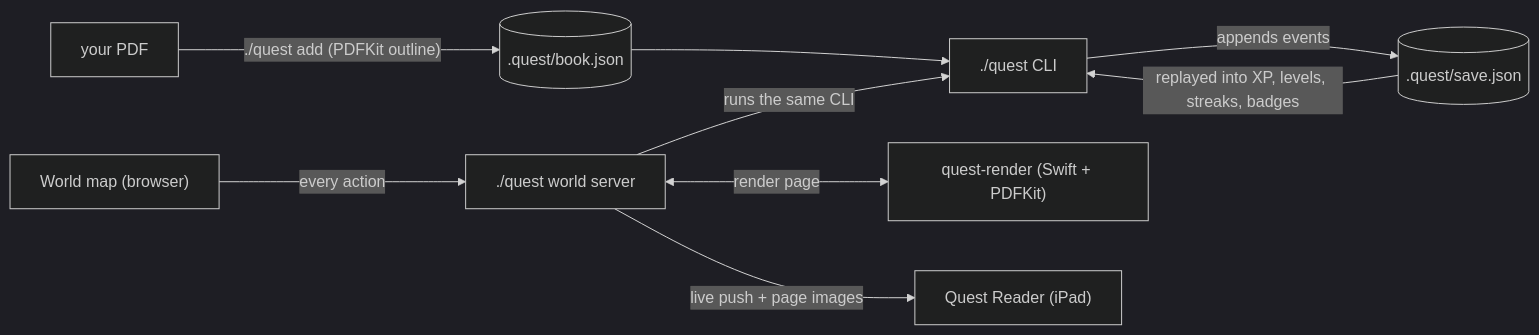
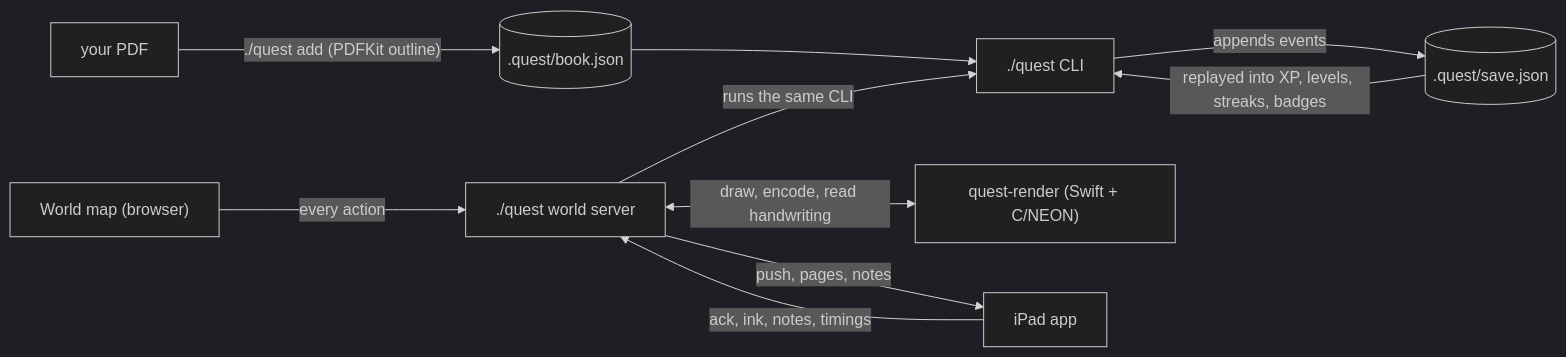
Before and after one commit to Arihant-Kumar-Jain/book-quest: the diagram in README.md, drawn with Mermaid (dark theme). The commit also changed other lines of this file and 19 other files, not shown here.

````diff
--- a/README.md
+++ b/README.md
@@ -211,11 +228,12 @@
 ```mermaid
 flowchart LR
   PDF["your PDF"] -->|"./quest add (PDFKit outline)"| BOOK[(".quest/book.json")]
   CLI["./quest CLI"] -->|appends events| SAVE[(".quest/save.json")]
   BOOK --> CLI
   SAVE -->|replayed into XP, levels, streaks, badges| CLI
   MAP["World map (browser)"] -->|"every action"| SRV["./quest world server"]
   SRV -->|"runs the same CLI"| CLI
-  SRV <-->|"render page"| PDFKIT["quest-render (Swift + PDFKit)"]
-  SRV -->|"live push + page images"| IPAD["Quest Reader (iPad)"]
+  SRV <-->|"draw, encode, read handwriting"| HELPER["quest-render (Swift + C/NEON)"]
+  SRV -->|"push, pages, notes"| IPAD["iPad app"]
+  IPAD -->|"ack, ink, notes, timings"| SRV
 ```
````
